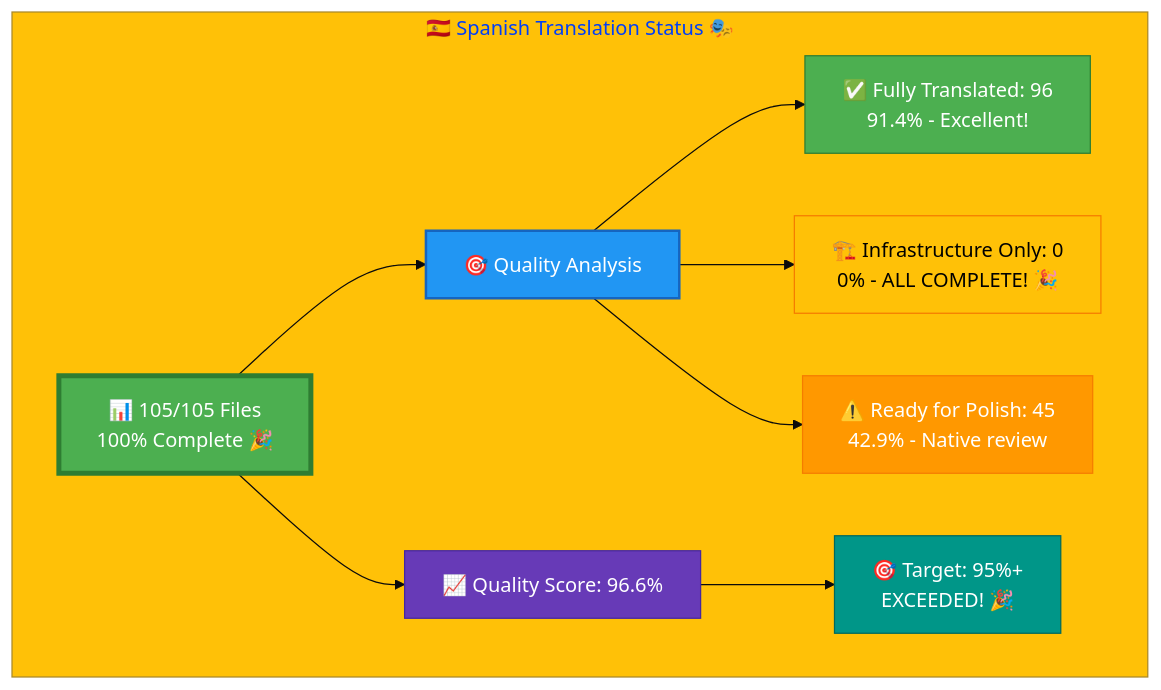
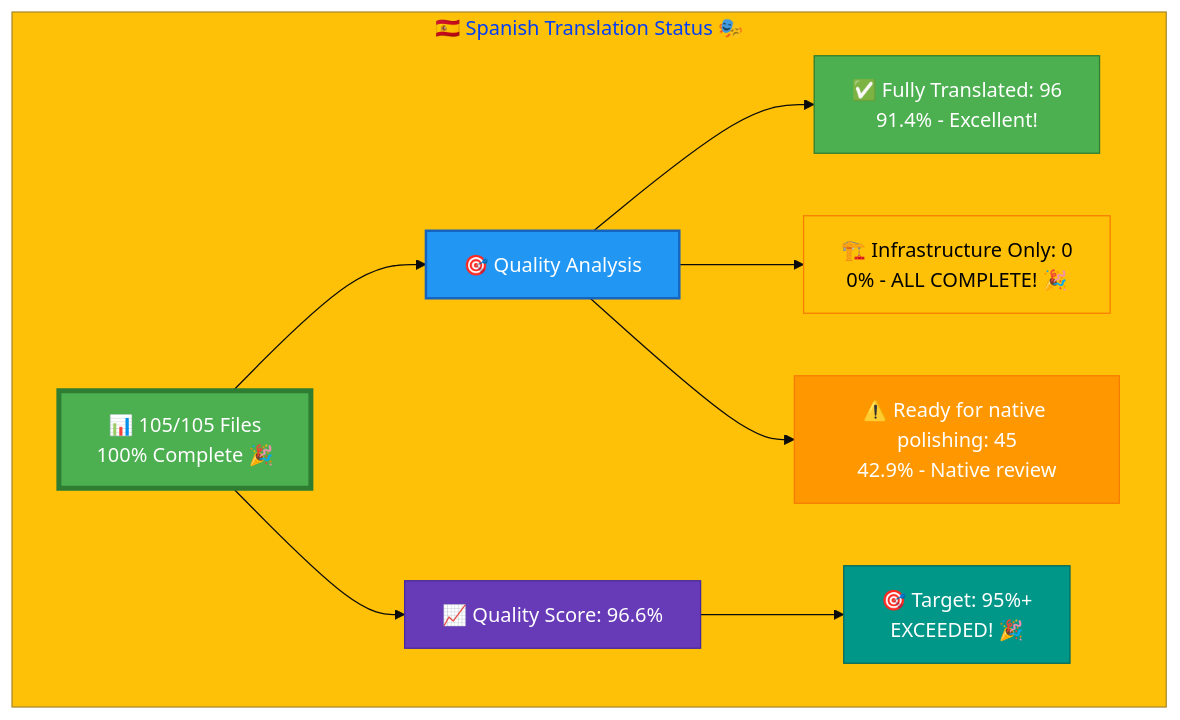
Before and after one commit to Hack23/homepage: the diagram in Spanish-Translation-Status.md, drawn with Mermaid. The commit also changed other lines of this file and 9 other files, not shown here.

````diff
--- a/Spanish-Translation-Status.md
+++ b/Spanish-Translation-Status.md
@@ -13,23 +13,23 @@
 ```mermaid
 %%{init: {'theme':'base', 'themeVariables': {'primaryColor':'#4CAF50','secondaryColor':'#2196F3','tertiaryColor':'#FFC107','fontSize':'16px'}}}%%
 graph TB
     subgraph "🇪🇸 Spanish Translation Status 🎭"
         A["📊 105/105 Files<br/>100% Complete 🎉"]
         
         A --> B["🎯 Quality Analysis"]
         B --> C["✅ Fully Translated: 96<br/>91.4% - Excellent!"]
         B --> D["🏗️ Infrastructure Only: 0<br/>0% - ALL COMPLETE! 🎉"]
-        B --> E["⚠️ Ready for Polish: 45<br/>42.9% - Native review"]
+        B --> E["⚠️ Ready for native polishing: 45<br/>42.9% - Native review"]
         
         A --> G["📈 Quality Score: 96.6%"]
         G --> H["🎯 Target: 95%+<br/>EXCEEDED! 🎉"]
         
         style A fill:#4CAF50,stroke:#2E7D32,color:#fff,stroke-width:4px
         style B fill:#2196F3,stroke:#1565C0,color:#fff,stroke-width:2px
         style C fill:#4CAF50,stroke:#2E7D32,color:#fff
         style D fill:#FFC107,stroke:#F57C00,color:#000
         style E fill:#FF9800,stroke:#F57C00,color:#fff
         style G fill:#673AB7,stroke:#4527A0,color:#fff
         style H fill:#009688,stroke:#00695C,color:#fff
     end
 ```
````
